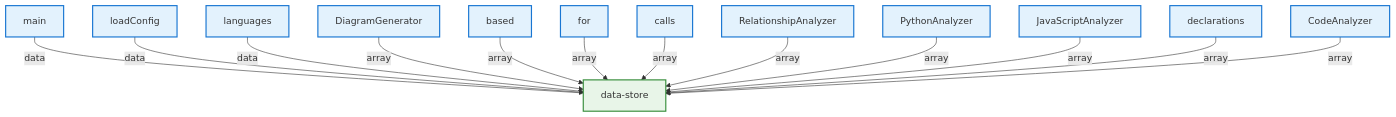
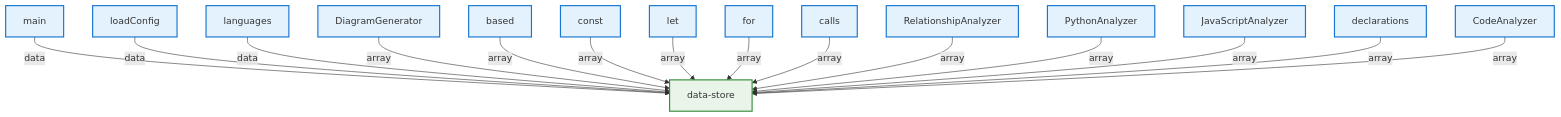
One commit to samjhill/diagrammer changed the diagram in docs/architecture/dataFlow.md. Above: the diagram before and after it, drawn with Mermaid. The commit also changed 5 other files, not shown here.

Commit message:
docs: Update architecture diagrams [skip ci]

````diff
--- a/docs/architecture/dataFlow.md
+++ b/docs/architecture/dataFlow.md
@@ -7,45 +7,51 @@
 ```mermaid
 graph TD
   classDef component fill:#e3f2fd,stroke:#1976d2,stroke-width:2px
   classDef data fill:#e8f5e8,stroke:#388e3c,stroke-width:2px
   classDef state fill:#fff3e0,stroke:#f57c00,stroke-width:2px
   classDef props fill:#f3e5f5,stroke:#7b1fa2,stroke-width:2px
 
   main["main"]:::component
   data_store["data-store"]:::data
   main -->|data| data_store
   loadConfig["loadConfig"]:::component
   data_store["data-store"]:::data
   loadConfig -->|data| data_store
   languages["languages"]:::component
   data_store["data-store"]:::data
   languages -->|data| data_store
   DiagramGenerator["DiagramGenerator"]:::component
   data_store["data-store"]:::data
   DiagramGenerator -->|array| data_store
   based["based"]:::component
   data_store["data-store"]:::data
   based -->|array| data_store
+  const["const"]:::component
+  data_store["data-store"]:::data
+  const -->|array| data_store
+  let["let"]:::component
+  data_store["data-store"]:::data
+  let -->|array| data_store
   for["for"]:::component
   data_store["data-store"]:::data
   for -->|array| data_store
   calls["calls"]:::component
   data_store["data-store"]:::data
   calls -->|array| data_store
   RelationshipAnalyzer["RelationshipAnalyzer"]:::component
   data_store["data-store"]:::data
   RelationshipAnalyzer -->|array| data_store
   PythonAnalyzer["PythonAnalyzer"]:::component
   data_store["data-store"]:::data
   PythonAnalyzer -->|array| data_store
   JavaScriptAnalyzer["JavaScriptAnalyzer"]:::component
   data_store["data-store"]:::data
   JavaScriptAnalyzer -->|array| data_store
   declarations["declarations"]:::component
   data_store["data-store"]:::data
   declarations -->|array| data_store
   CodeAnalyzer["CodeAnalyzer"]:::component
   data_store["data-store"]:::data
   CodeAnalyzer -->|array| data_store
 
 ```
````
